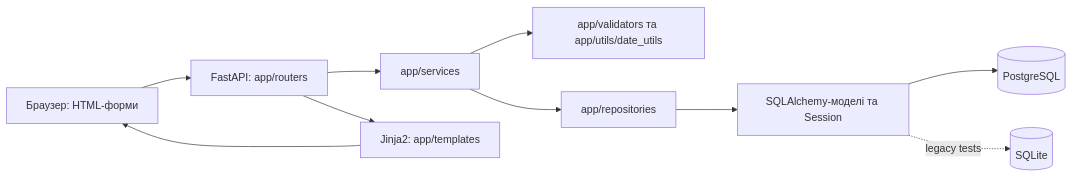
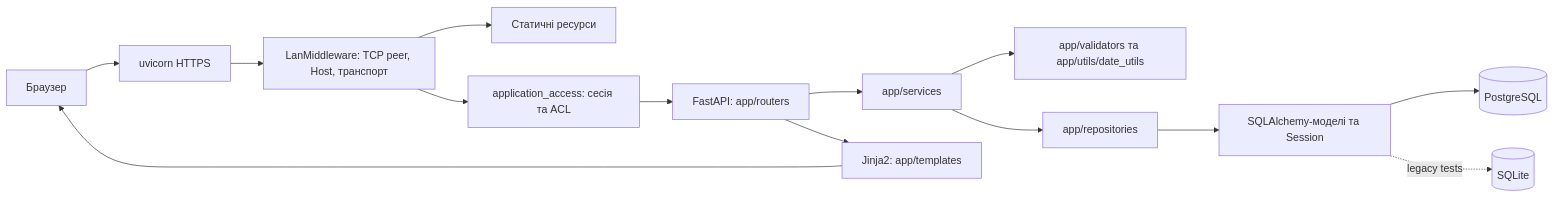
One commit to webdevl1on/project_2 changed the diagram in docs/ARCHITECTURE.md. Above: the diagram before and after it, drawn with Mermaid. The commit also changed other lines of this file and 33 other files, not shown here.

Commit message:
feat(security): Security 1.7 LAN access over HTTPS

````diff
--- a/docs/ARCHITECTURE.md
+++ b/docs/ARCHITECTURE.md
@@ -66,12 +67,16 @@
 ```mermaid
 flowchart LR
-    Browser[Браузер: HTML-форми] --> Routers[FastAPI: app/routers]
+    Browser[Браузер] --> TLS[uvicorn HTTPS]
+    TLS --> LAN[LanMiddleware: TCP peer, Host, транспорт]
+    LAN --> Static[Статичні ресурси]
+    LAN --> Policy[application_access: сесія та ACL]
+    Policy --> Routers[FastAPI: app/routers]
     Routers --> Services[app/services]
     Services --> Validators[app/validators та app/utils/date_utils]
     Services --> Repositories[app/repositories]
     Repositories --> ORM[SQLAlchemy-моделі та Session]
     ORM --> PostgreSQL[(PostgreSQL)]
     ORM -. legacy tests .-> SQLite[(SQLite)]
     Routers --> Templates[Jinja2: app/templates]
     Templates --> Browser
 ```
````
